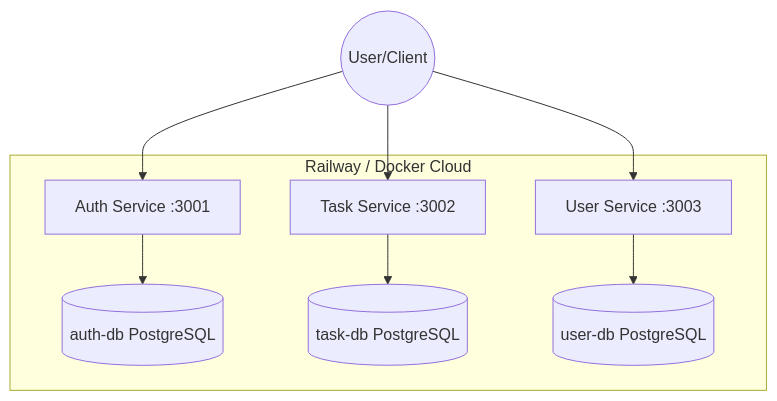
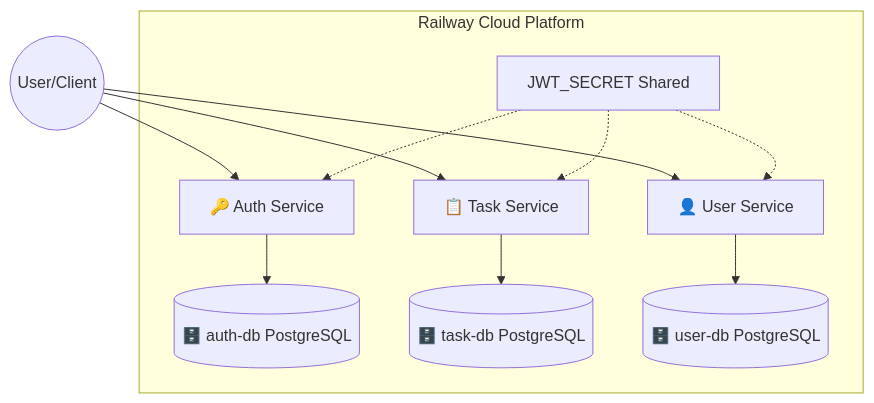
One commit to Zag5A6167/engce301-final-lab2-675432060050-675432060688 changed the diagram in README.md. Above: the diagram before and after it, drawn with Mermaid. The commit also changed other lines of this file, not shown here.

````diff
--- a/README.md
+++ b/README.md
@@ -14,12 +19,16 @@
 ```mermaid
 graph TD
-    User((User/Client)) --> Auth[Auth Service :3001]
-    User --> Task[Task Service :3002]
-    User --> Profile[User Service :3003]
+    User((User/Client)) --> Auth[🔑 Auth Service]
+    User --> Task[📋 Task Service]
+    User --> Profile[👤 User Service]
 
-    subgraph "Railway / Docker Cloud"
-        Auth --> AuthDB[(auth-db PostgreSQL)]
-        Task --> TaskDB[(task-db PostgreSQL)]
-        Profile --> UserDB[(user-db PostgreSQL)]
+    subgraph "Railway Cloud Platform"
+        Auth --> AuthDB[(🗄️ auth-db PostgreSQL)]
+        Task --> TaskDB[(🗄️ task-db PostgreSQL)]
+        Profile --> UserDB[(🗄️ user-db PostgreSQL)]
+        
+        Note[JWT_SECRET Shared] -.-> Auth
+        Note -.-> Task
+        Note -.-> Profile
     end
 ```
````
